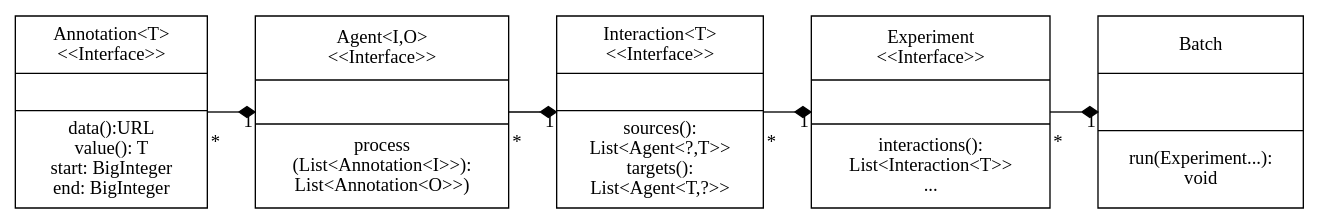
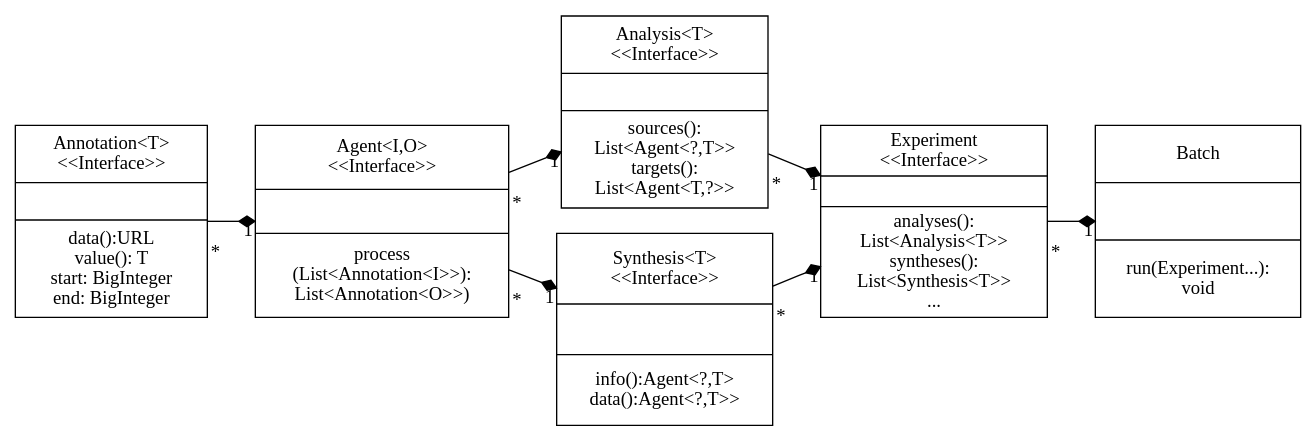
The diagram in com.quui.tm2/src/com/quui/core-members.dot (fsteeg/tm2), drawn with Graphviz before and after one commit. The commit also changed 97 other files, not shown here.

```diff
--- a/com.quui.tm2/src/com/quui/core-members.dot
+++ b/com.quui.tm2/src/com/quui/core-members.dot
@@ -1,11 +1,12 @@
 digraph inter{
 	rankdir=LR
 	node[shape=record width=2 height=2]
 	edge[arrowhead=diamond taillabel="\n *" headlabel="1\n "]
 	agent[label="{{Agent\<I,O\>\n\<\<Interface\>\>||process\n(List\<Annotation\<I\>\>):\nList\<Annotation\<O\>\>)}}"]
 	annotation[label="{{Annotation\<T\>\n\<\<Interface\>\>||data():URL\nvalue(): T\nstart: BigInteger\nend: BigInteger}}"]
-	interaction[label="{{Interaction\<T\>\n\<\<Interface\>\>||sources():\nList\<Agent\<?,T\>\>\ntargets():\nList\<Agent\<T,?\>\>}}"]
-	experiment[label="{{Experiment\n\<\<Interface\>\>||interactions():\nList\<Interaction\<T\>\>\n...}}"]
+	analysis[label="{{Analysis\<T\>\n\<\<Interface\>\>||sources():\nList\<Agent\<?,T\>\>\ntargets():\nList\<Agent\<T,?\>\>}}"]
+	synthesis[label="{{Synthesis\<T\>\n\<\<Interface\>\>||info():Agent\<?,T\>\ndata():Agent\<?,T\>\>}}"]
+	experiment[label="{{Experiment\n\<\<Interface\>\>||analyses():\nList\<Analysis\<T\>\>\nsyntheses():\nList\<Synthesis\<T\>\>\n...}}"]
 	batch[label="{{Batch||run(Experiment...):\nvoid}}"]
-	annotation->agent->interaction->experiment->batch
+	annotation->agent->analysis;agent->synthesis;analysis->experiment;synthesis->experiment;experiment->batch
 }
```
